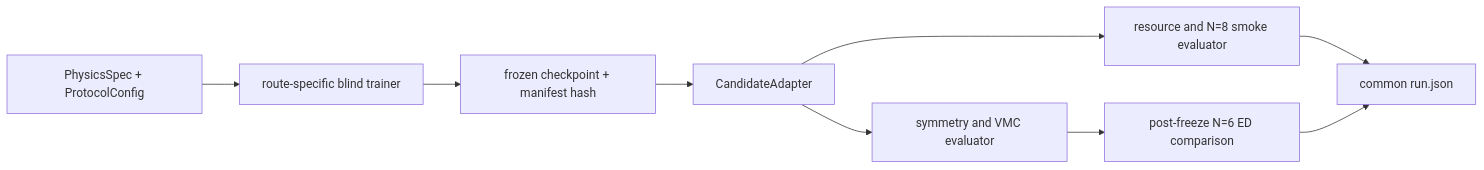
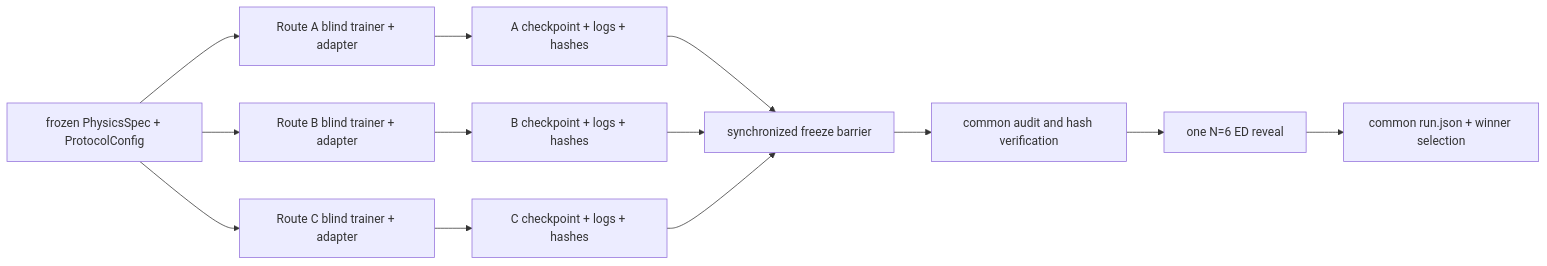
One commit to QuantumBFS/quantum.harness changed the diagram in docs/superpowers/specs/2026-07-28-challenge-15-scalable-v1-design.md. Above: the diagram before and after it, drawn with Mermaid. The commit also changed other lines of this file, not shown here.

Commit message:
docs(qmc): parallelize scalable route comparison

````diff
--- a/docs/superpowers/specs/2026-07-28-challenge-15-scalable-v1-design.md
+++ b/docs/superpowers/specs/2026-07-28-challenge-15-scalable-v1-design.md
@@ -129,11 +130,15 @@
 ```mermaid
 flowchart LR
-    A["PhysicsSpec + ProtocolConfig"] --> B["route-specific blind trainer"]
-    B --> C["frozen checkpoint + manifest hash"]
-    C --> D["CandidateAdapter"]
-    D --> E["symmetry and VMC evaluator"]
-    D --> F["resource and N=8 smoke evaluator"]
-    E --> G["post-freeze N=6 ED comparison"]
-    F --> H["common run.json"]
-    G --> H
+    P["frozen PhysicsSpec + ProtocolConfig"] --> A["Route A blind trainer + adapter"]
+    P --> B["Route B blind trainer + adapter"]
+    P --> C["Route C blind trainer + adapter"]
+    A --> FA["A checkpoint + logs + hashes"]
+    B --> FB["B checkpoint + logs + hashes"]
+    C --> FC["C checkpoint + logs + hashes"]
+    FA --> Z["synchronized freeze barrier"]
+    FB --> Z
+    FC --> Z
+    Z --> U["common audit and hash verification"]
+    U --> R["one N=6 ED reveal"]
+    R --> W["common run.json + winner selection"]
 ```
````
